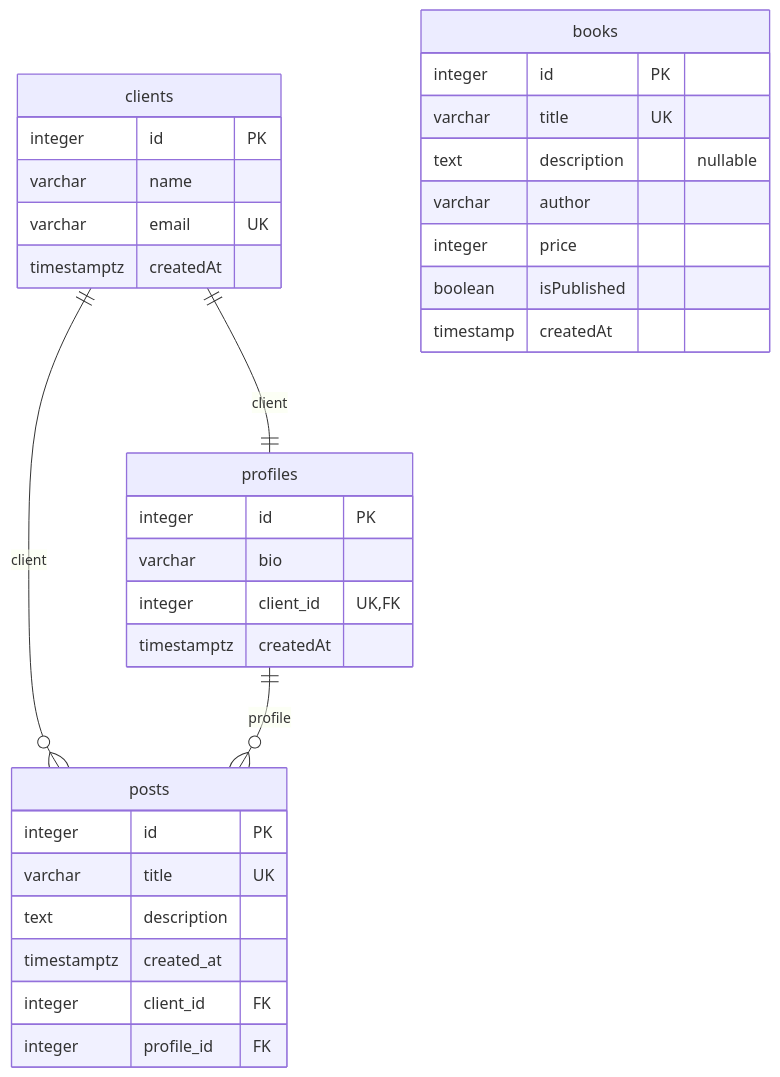
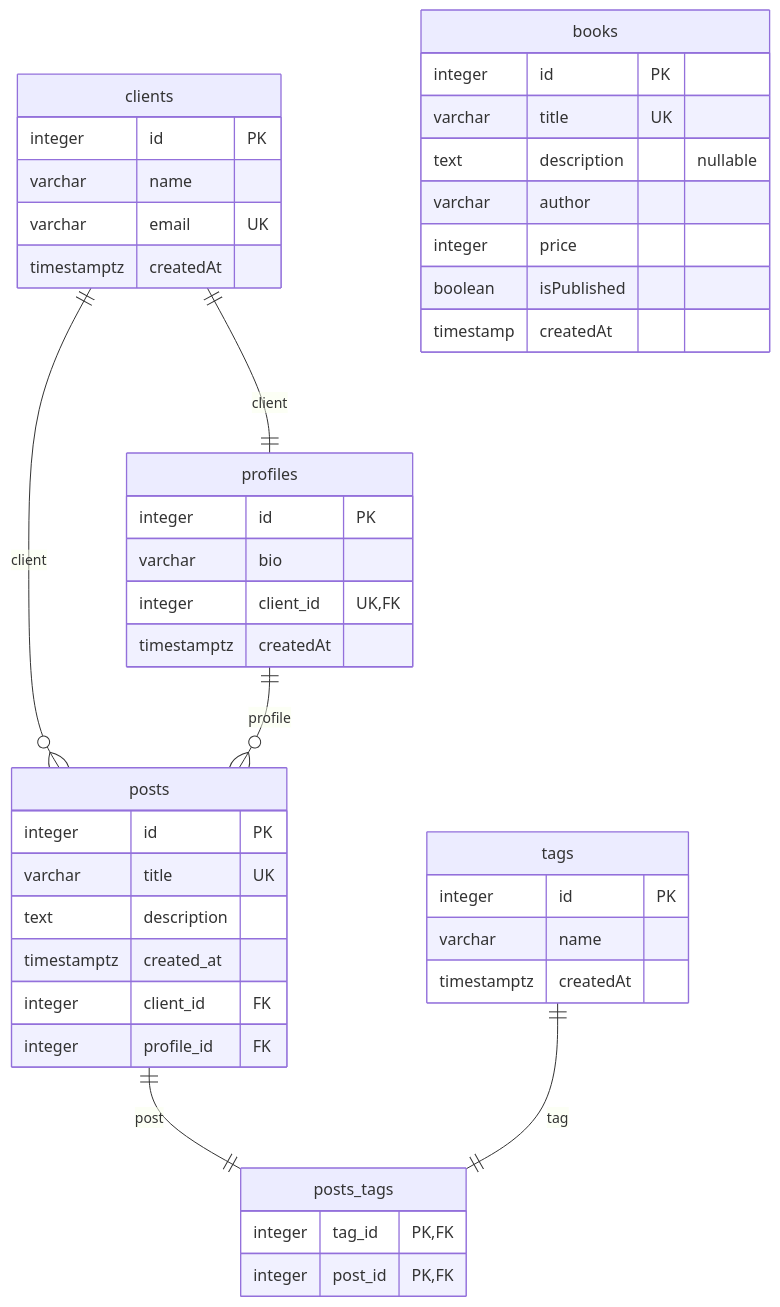
Before and after one commit to Ahmed-Sadek89/nestjs-learn-branch: the diagram in docs/erd.md, drawn with Mermaid. The commit also changed other lines of this file and 11 other files, not shown here.

````diff
--- a/docs/erd.md
+++ b/docs/erd.md
@@ -6,39 +6,52 @@
 ```mermaid
 erDiagram
     clients ||--o{ posts : "client"
     profiles ||--o{ posts : "profile"
+    posts ||--|| posts_tags : "post"
+    tags ||--|| posts_tags : "tag"
     clients ||--|| profiles : "client"
 
     books {
         integer id PK
         varchar title UK
         text description "nullable"
         varchar author
         integer price
         boolean isPublished
         timestamp createdAt
     }
 
     clients {
         integer id PK
         varchar name
         varchar email UK
         timestamptz createdAt
     }
 
     posts {
         integer id PK
         varchar title UK
         text description
         timestamptz created_at
         integer client_id FK
         integer profile_id FK
     }
 
+    posts_tags {
+        integer tag_id PK,FK
+        integer post_id PK,FK
+    }
+
     profiles {
         integer id PK
         varchar bio
         integer client_id UK,FK
         timestamptz createdAt
     }
+
+    tags {
+        integer id PK
+        varchar name
+        timestamptz createdAt
+    }
 ```
````
